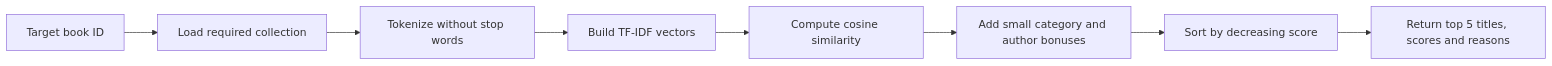
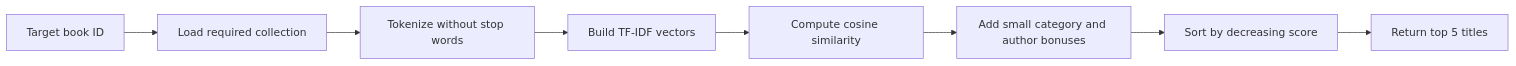
One commit to LouiseNedjma13/T-AIA-600-MAR_4 changed the fifth of 6 diagrams in README.md. Above: the diagram before and after it, drawn with Mermaid. The commit also changed other lines of this file and 4 other files, not shown here.

````diff
--- a/README.md
+++ b/README.md
@@ -224,10 +238,10 @@
 ```mermaid
 flowchart LR
     A[Target book ID] --> B[Load required collection]
     B --> C[Tokenize without stop words]
     C --> D[Build TF-IDF vectors]
     D --> E[Compute cosine similarity]
     E --> F[Add small category and author bonuses]
     F --> G[Sort by decreasing score]
-    G --> H[Return top 5 titles, scores and reasons]
+    G --> H[Return top 5 titles]
 ```
````
